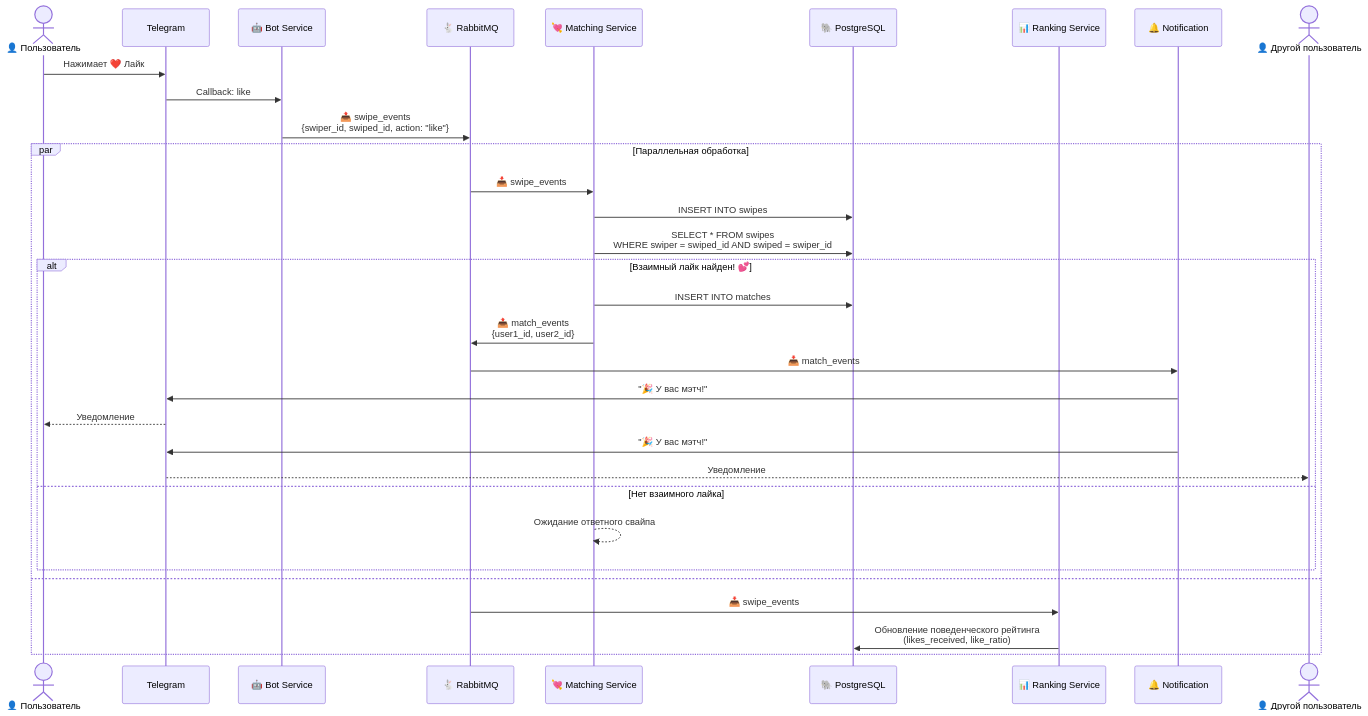
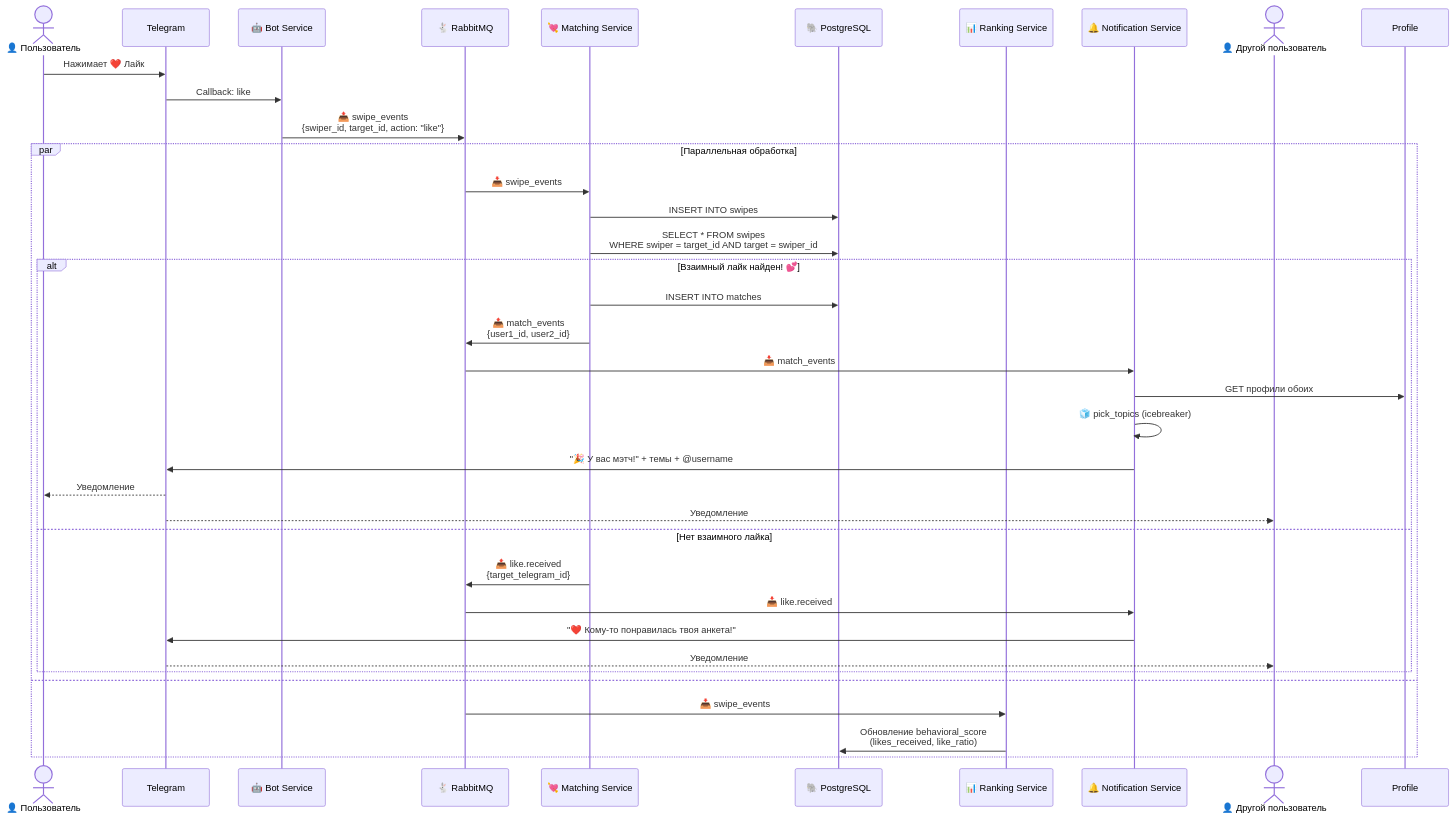
The fourth of 7 diagrams in docs/architecture.md (UsachovaUlyana/ulsu), drawn with Mermaid before and after one commit. The commit also changed other lines of this file and 184 other files, not shown here.

````diff
--- a/docs/architecture.md
+++ b/docs/architecture.md
@@ -175,37 +194,41 @@
 ```mermaid
 sequenceDiagram
     actor User as 👤 Пользователь
     participant TG as Telegram
     participant Bot as 🤖 Bot Service
     participant RMQ as 🐇 RabbitMQ
     participant Match as 💘 Matching Service
     participant PG as 🐘 PostgreSQL
     participant Rank as 📊 Ranking Service
-    participant Notify as 🔔 Notification
+    participant Notify as 🔔 Notification Service
     actor User2 as 👤 Другой пользователь
 
     User->>TG: Нажимает ❤️ Лайк
     TG->>Bot: Callback: like
-    Bot->>RMQ: 📤 swipe_events<br/>{swiper_id, swiped_id, action: "like"}
+    Bot->>RMQ: 📤 swipe_events<br/>{swiper_id, target_id, action: "like"}
 
     par Параллельная обработка
         RMQ->>Match: 📥 swipe_events
         Match->>PG: INSERT INTO swipes
-        Match->>PG: SELECT * FROM swipes<br/>WHERE swiper = swiped_id AND swiped = swiper_id
+        Match->>PG: SELECT * FROM swipes<br/>WHERE swiper = target_id AND target = swiper_id
 
         alt Взаимный лайк найден! 💕
             Match->>PG: INSERT INTO matches
             Match->>RMQ: 📤 match_events<br/>{user1_id, user2_id}
             RMQ->>Notify: 📥 match_events
-            Notify->>TG: "🎉 У вас мэтч!"
+            Notify->>Profile: GET профили обоих
+            Notify->>Notify: 🧊 pick_topics (icebreaker)
+            Notify->>TG: "🎉 У вас мэтч!" + темы + @username
             TG-->>User: Уведомление
-            Notify->>TG: "🎉 У вас мэтч!"
             TG-->>User2: Уведомление
         else Нет взаимного лайка
-            Match-->>Match: Ожидание ответного свайпа
+            Match->>RMQ: 📤 like.received<br/>{target_telegram_id}
+            RMQ->>Notify: 📥 like.received
+            Notify->>TG: "❤️ Кому-то понравилась твоя анкета!"
+            TG-->>User2: Уведомление
         end
     and
         RMQ->>Rank: 📥 swipe_events
-        Rank->>PG: Обновление поведенческого рейтинга<br/>(likes_received, like_ratio)
+        Rank->>PG: Обновление behavioral_score<br/>(likes_received, like_ratio)
     end
 ```
````
